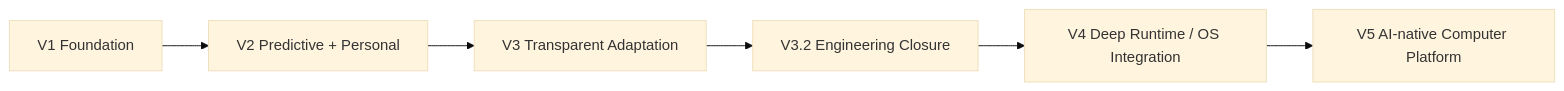
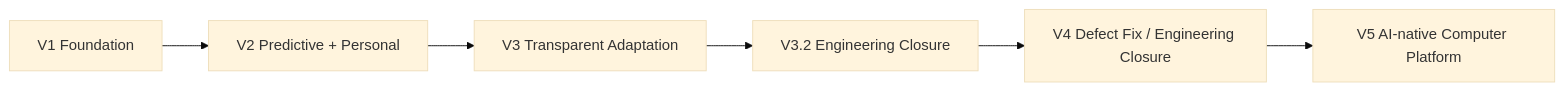
One commit to 7-hello007/AICore changed the diagram in docs/PRODUCT_EVOLUTION.md. Above: the diagram before and after it, drawn with Mermaid (base theme). The commit also changed 80 other files, not shown here.

````diff
--- a/docs/PRODUCT_EVOLUTION.md
+++ b/docs/PRODUCT_EVOLUTION.md
@@ -5,10 +5,10 @@
 ```mermaid
 flowchart LR
     V1[V1 Foundation]
     V2[V2 Predictive + Personal]
     V3[V3 Transparent Adaptation]
     V32[V3.2 Engineering Closure]
-    V4[V4 Deep Runtime / OS Integration]
+    V4[V4 Defect Fix / Engineering Closure]
     V5[V5 AI-native Computer Platform]
     V1 --> V2 --> V3 --> V32 --> V4 --> V5
 ```
````
